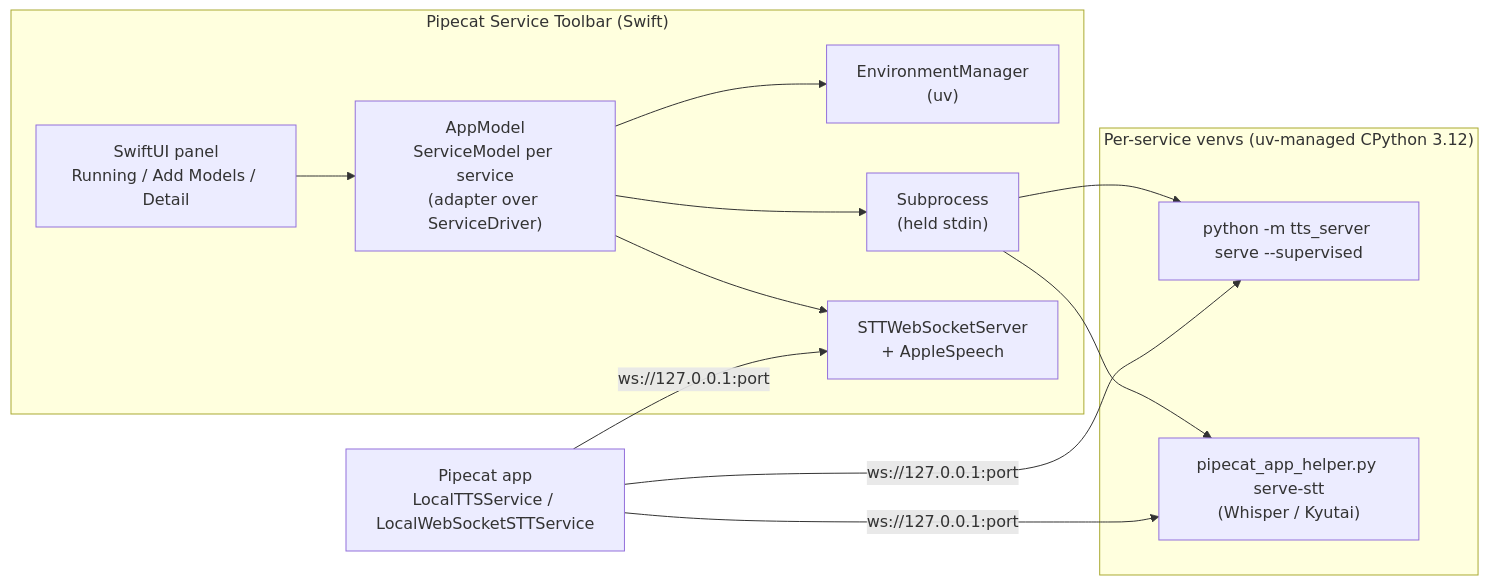
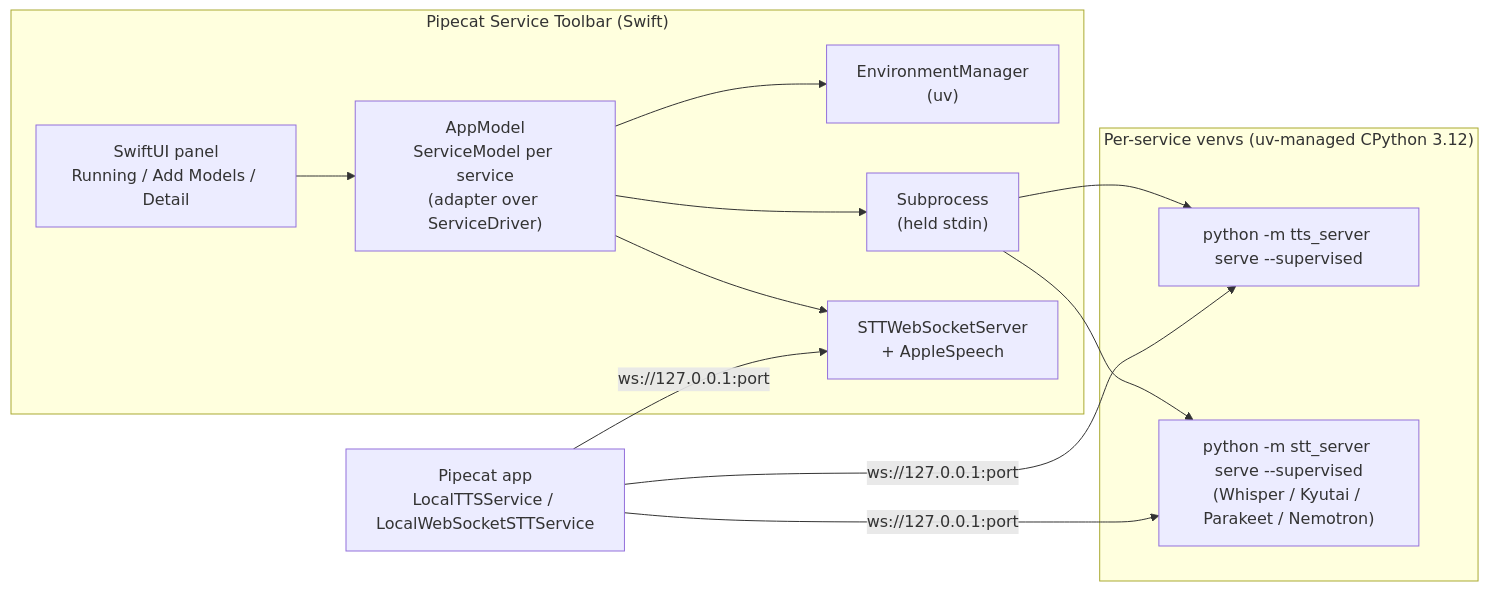
One commit to vr000m/pipecat-local-tts-server changed the first of 3 diagrams in macos/docs/architecture.md. Above: the diagram before and after it, drawn with Mermaid. The commit also changed other lines of this file and 8 other files, not shown here.

````diff
--- a/macos/docs/architecture.md
+++ b/macos/docs/architecture.md
@@ -9,20 +9,20 @@
 ```mermaid
 flowchart LR
     subgraph App["Pipecat Service Toolbar (Swift)"]
         UI["SwiftUI panel<br/>Running / Add Models / Detail"]
         AM["AppModel<br/>ServiceModel per service<br/>(adapter over ServiceDriver)"]
         EM["EnvironmentManager<br/>(uv)"]
         SUP["Subprocess<br/>(held stdin)"]
         AS["STTWebSocketServer<br/>+ AppleSpeech"]
     end
     subgraph Py["Per-service venvs (uv-managed CPython 3.12)"]
         TTS["python -m tts_server serve --supervised"]
-        HLP["pipecat_app_helper.py serve-stt<br/>(Whisper / Kyutai)"]
+        STT["python -m stt_server serve --supervised<br/>(Whisper / Kyutai / Parakeet / Nemotron)"]
     end
     BOT["Pipecat app<br/>LocalTTSService / LocalWebSocketSTTService"]
 
     UI --> AM --> EM
-    AM --> SUP --> TTS & HLP
+    AM --> SUP --> TTS & STT
     AM --> AS
-    BOT -- "ws://127.0.0.1:port" --> TTS & HLP & AS
+    BOT -- "ws://127.0.0.1:port" --> TTS & STT & AS
 ```
````
